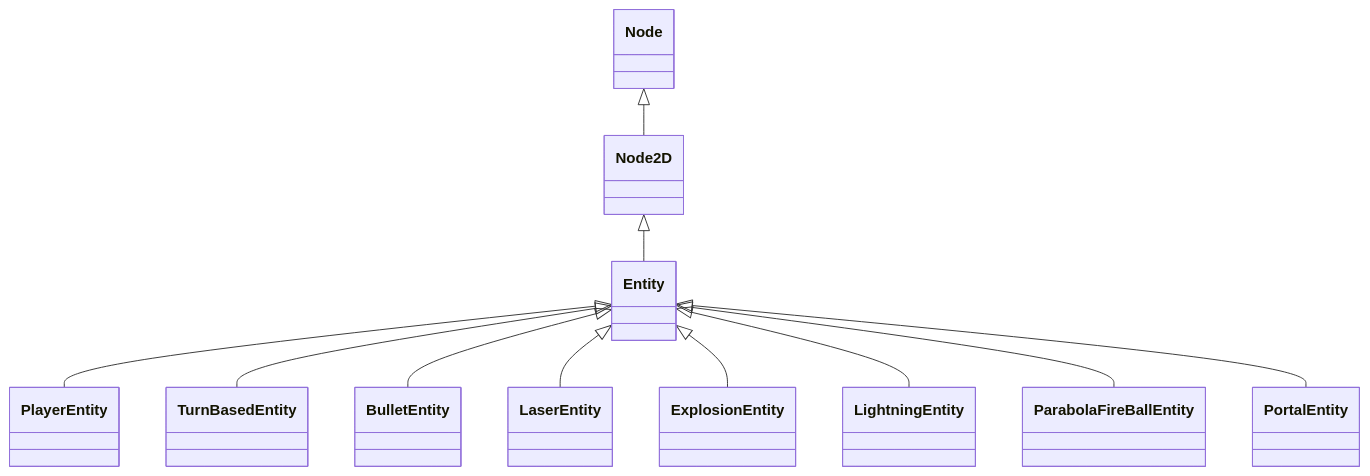
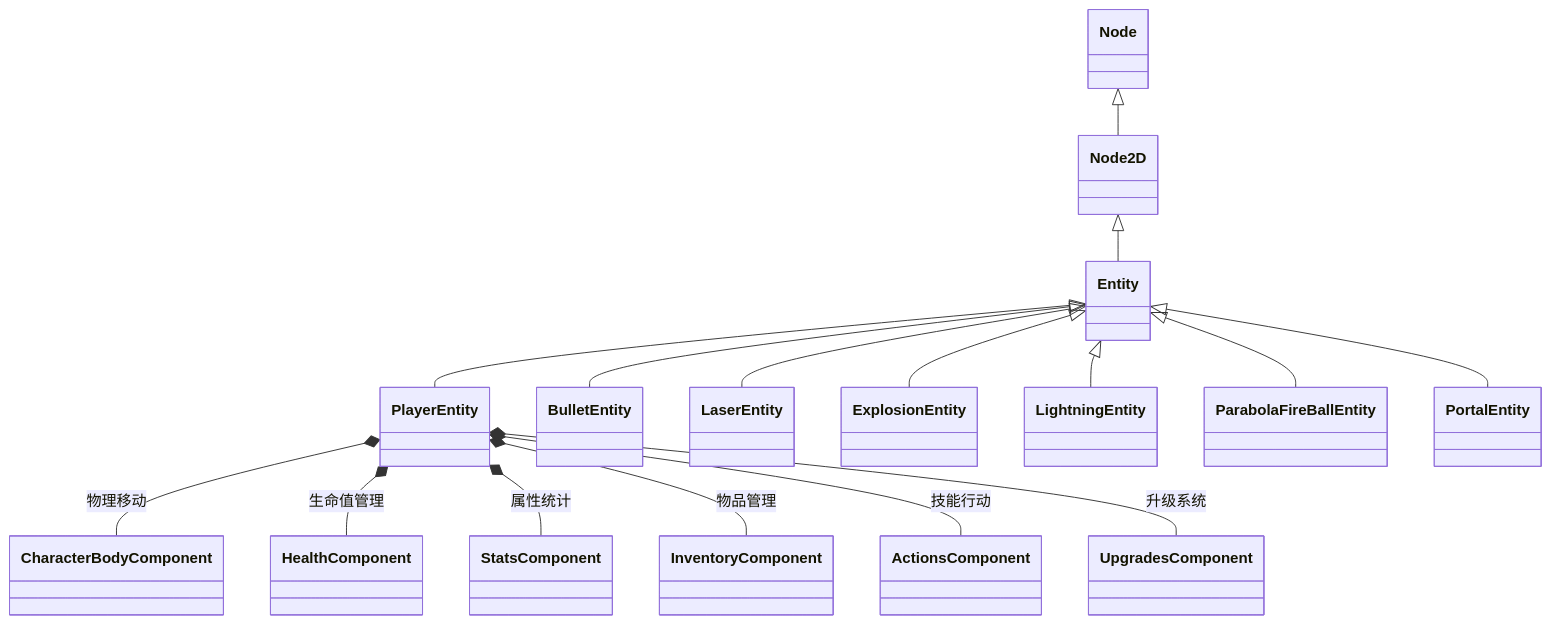
One commit to haoyiqiang/document changed the diagram in Entity-System-Overview.md. Above: the diagram before and after it, drawn with Mermaid. The commit also changed other lines of this file, not shown here.

````diff
--- a/Entity-System-Overview.md
+++ b/Entity-System-Overview.md
@@ -16,13 +16,20 @@
 ```mermaid
 classDiagram
     Node <|-- Node2D
     Node2D <|-- Entity
     Entity <|-- PlayerEntity
-    Entity <|-- TurnBasedEntity
     Entity <|-- BulletEntity
     Entity <|-- LaserEntity
     Entity <|-- ExplosionEntity
     Entity <|-- LightningEntity
     Entity <|-- ParabolaFireBallEntity
     Entity <|-- PortalEntity
+    
+    %% PlayerEntity 组件示例
+    PlayerEntity *-- CharacterBodyComponent : 物理移动
+    PlayerEntity *-- HealthComponent : 生命值管理
+    PlayerEntity *-- StatsComponent : 属性统计
+    PlayerEntity *-- InventoryComponent : 物品管理
+    PlayerEntity *-- ActionsComponent : 技能行动
+    PlayerEntity *-- UpgradesComponent : 升级系统
 ```
````
